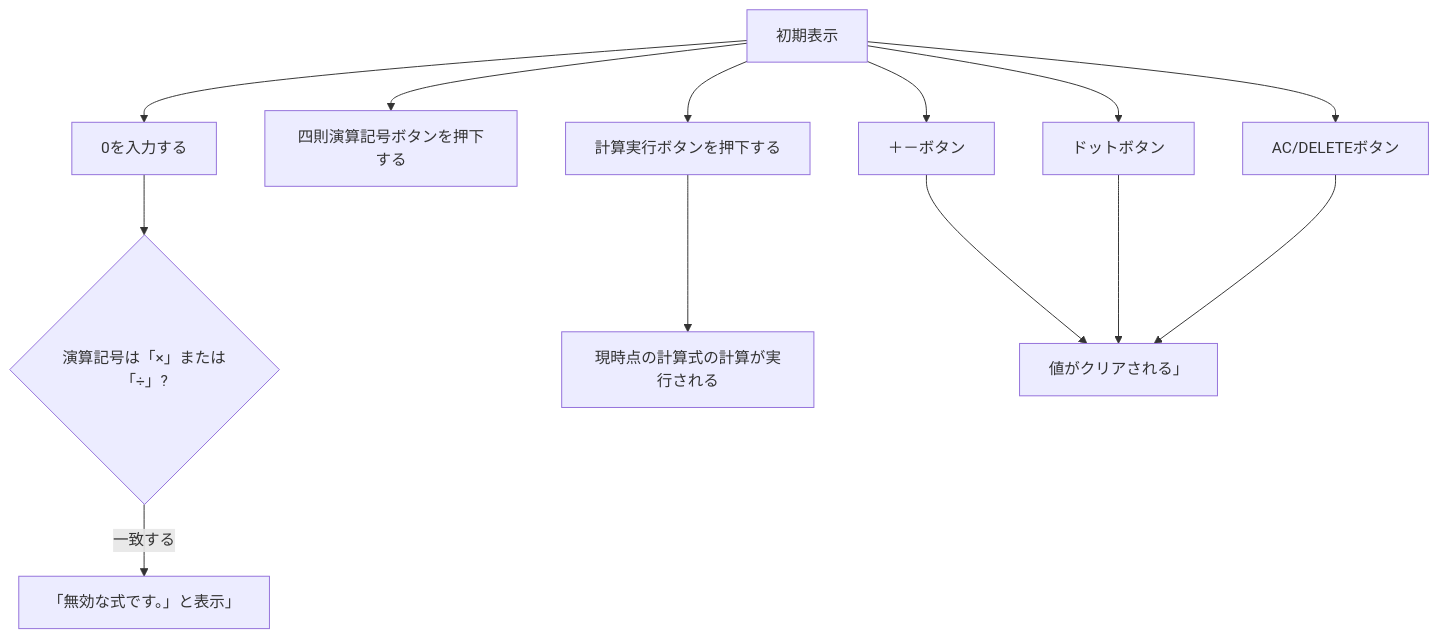
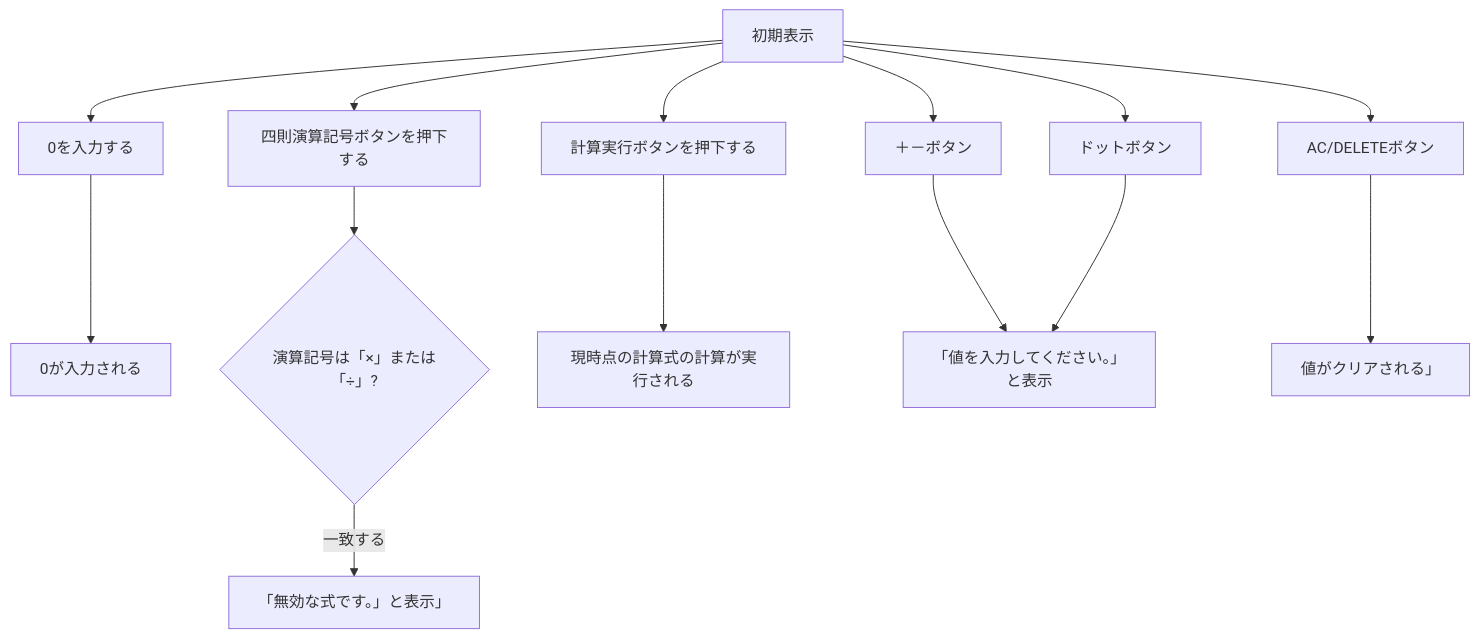
The diagram in 基本設計書.md (N3question/jsp-servlet-calculator), drawn with Mermaid before and after one commit.

````diff
--- a/基本設計書.md
+++ b/基本設計書.md
@@ -50,10 +50,10 @@
 ```mermaid
 flowchart TB
     A[初期表示] --> B[0を入力する] --> C[0が入力される]
-    A[初期表示] --> D[四則演算記号ボタンを押下する] 
-    C{演算記号は「×」または「÷」?} -- 一致する --> E[「無効な式です。」と表示」]
-    A[初期表示] --> F[計算実行ボタンを押下する] --> G[現時点の計算式の計算が実行される]
-    A[初期表示] --> H[＋－ボタン] --> I[「値を入力してください。」と表示]
-    A[初期表示] --> J[ドットボタン] --> I[「値を入力してください。」と表示]
-    A[初期表示] --> K[AC/DELETEボタン] --> I[値がクリアされる」]
+    A[初期表示] --> D[四則演算記号ボタンを押下する] -->
+    E{演算記号は「×」または「÷」?} -- 一致する --> F[「無効な式です。」と表示」]
+    A[初期表示] --> G[計算実行ボタンを押下する] --> H[現時点の計算式の計算が実行される]
+    A[初期表示] --> I[＋－ボタン] --> J[「値を入力してください。」と表示]
+    A[初期表示] --> K[ドットボタン] --> J[「値を入力してください。」と表示]
+    A[初期表示] --> L[AC/DELETEボタン] --> M[値がクリアされる」]
 ```
````
